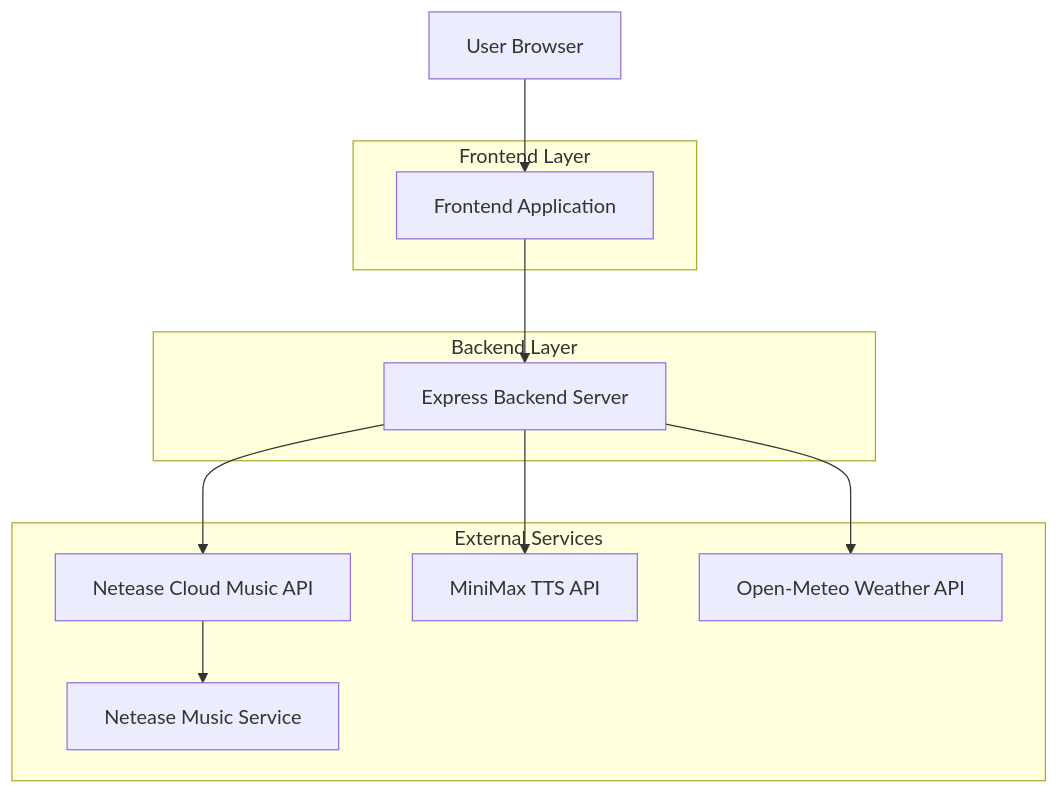
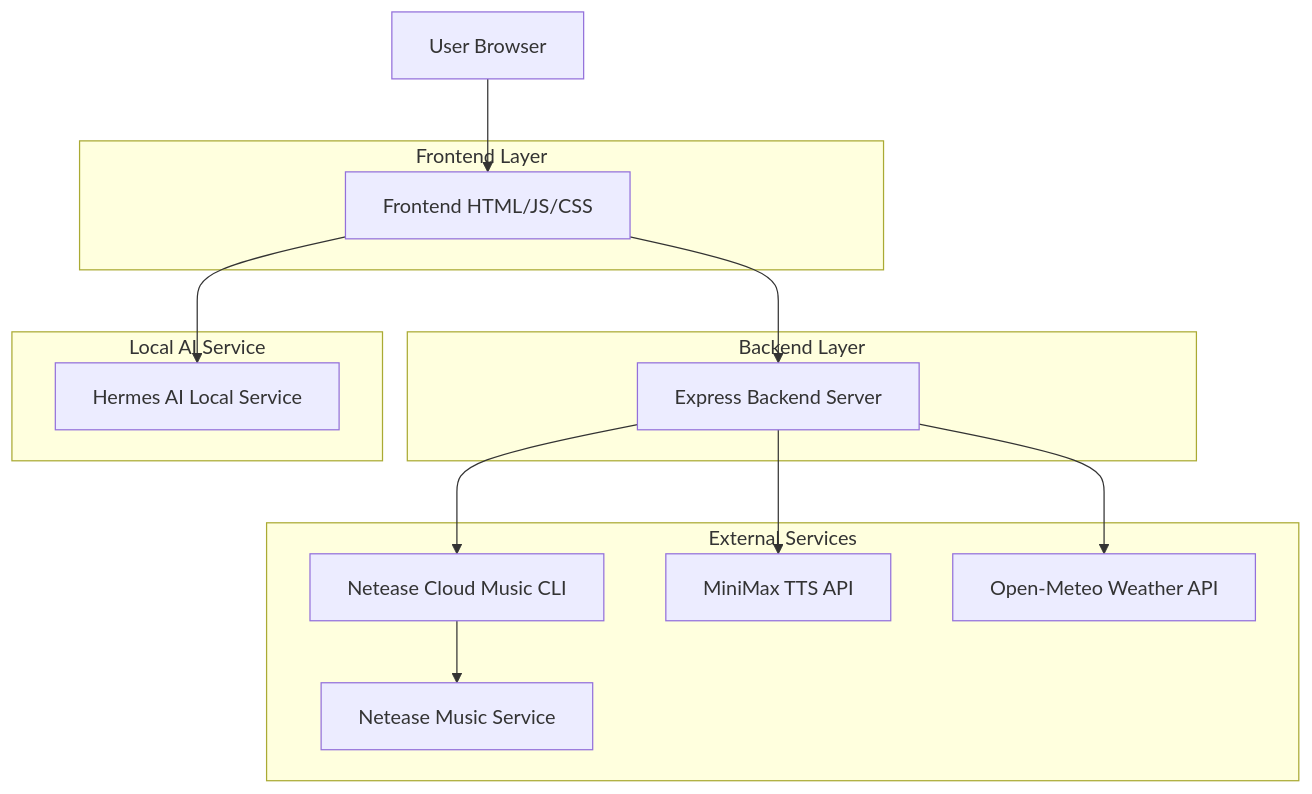
The first of 2 diagrams in .trae/documents/hermudio-tech-spec.md (ericshpych/Hermudio), drawn with Mermaid before and after one commit. The commit also changed other lines of this file and 1 other file, not shown here.

````diff
--- a/.trae/documents/hermudio-tech-spec.md
+++ b/.trae/documents/hermudio-tech-spec.md
@@ -5,24 +5,29 @@
 ```mermaid
 graph TD
-    A[User Browser] --> B[Frontend Application]
+    A[User Browser] --> B[Frontend HTML/JS/CSS]
     B --> C[Express Backend Server]
-    C --> D[Netease Cloud Music API]
+    C --> D[Netease Cloud Music CLI]
     C --> E[MiniMax TTS API]
     C --> F[Open-Meteo Weather API]
-    D --> G[Netease Music Service]
+    B --> G[Hermes AI Local Service]
+    D --> H[Netease Music Service]
 
     subgraph "Frontend Layer"
         B
     end
 
     subgraph "Backend Layer"
         C
     end
 
     subgraph "External Services"
         D
         E
         F
+        H
+    end
+
+    subgraph "Local AI Service"
         G
     end
 ```
````
